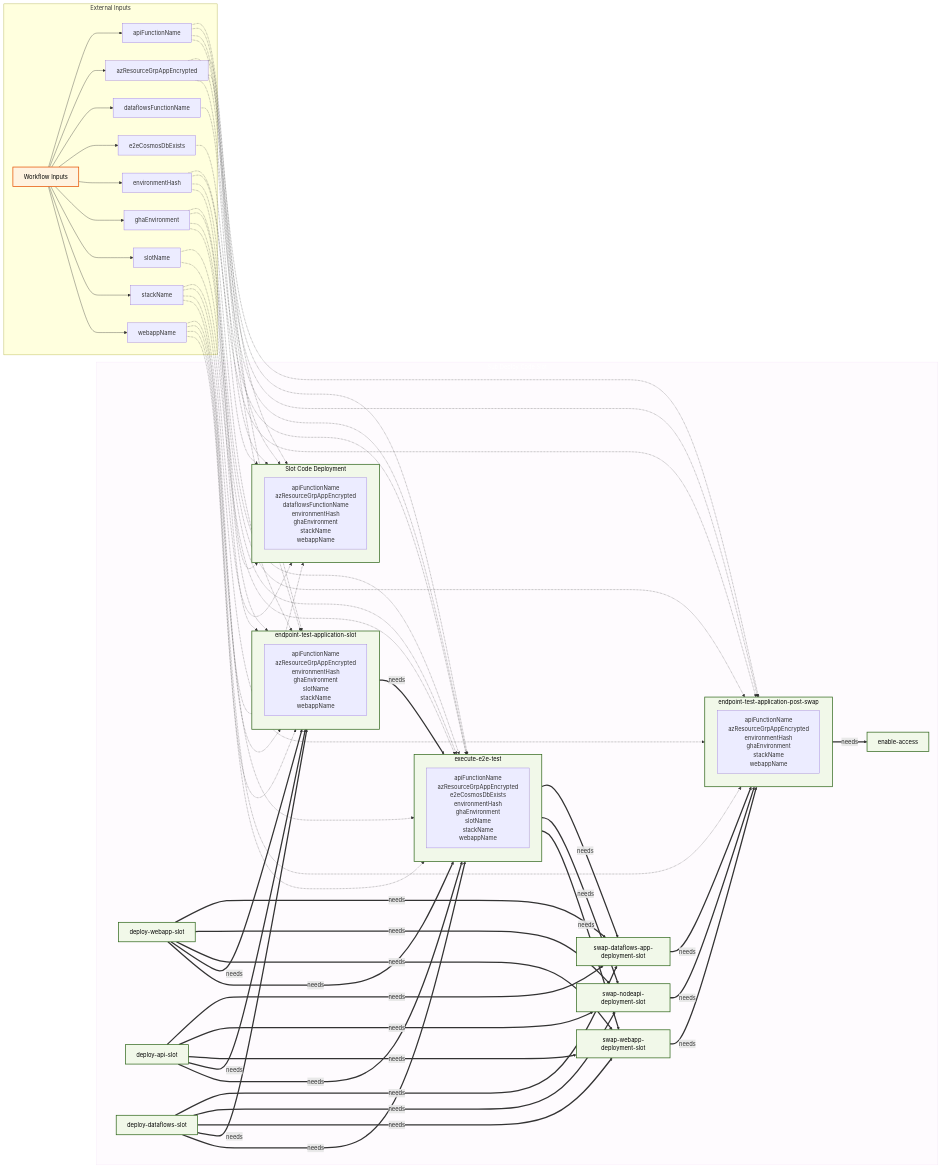
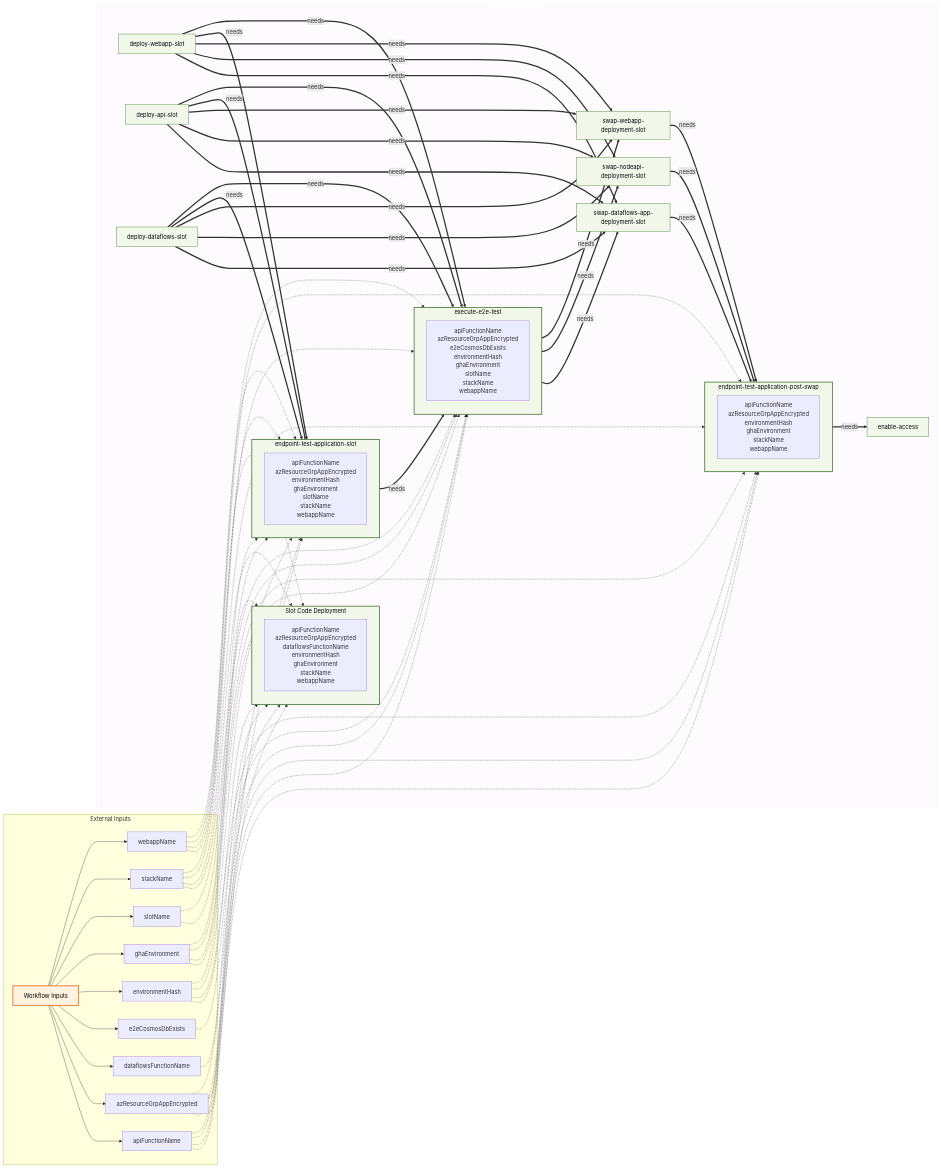
One commit to US-Trustee-Program/Bankruptcy-Oversight-Support-Systems changed diagram 15 of 22 in docs/operations/workflow-diagram.md. Above: the diagram before and after it, drawn with Mermaid. The commit also changed other lines of this file and 3 other files, not shown here.

````diff
--- a/docs/operations/workflow-diagram.md
+++ b/docs/operations/workflow-diagram.md
@@ -1004,6 +979,19 @@
 ```mermaid
 flowchart LR
-    subgraph sub_deploy_code_slot_workflow["Sub Deploy Code Slot"]
+    subgraph "External Inputs"
+        Workflow_Inputs["Workflow Inputs"]
+        Workflow_Inputs_webappName["webappName"]
+        Workflow_Inputs_apiFunctionName["apiFunctionName"]
+        Workflow_Inputs_dataflowsFunctionName["dataflowsFunctionName"]
+        Workflow_Inputs_azResourceGrpAppEncrypted["azResourceGrpAppEncrypted"]
+        Workflow_Inputs_e2eCosmosDbExists["e2eCosmosDbExists"]
+        Workflow_Inputs_slotName["slotName"]
+        Workflow_Inputs_ghaEnvironment["ghaEnvironment"]
+        Workflow_Inputs_stackName["stackName"]
+        Workflow_Inputs_environmentHash["environmentHash"]
+    end
+
+    subgraph sub_deploy_code_slot_workflow["Deploy code for slot"]
         subgraph deploy_code_subgraph["Slot Code Deployment"]
             deploy_code_vars["apiFunctionName<br/>azResourceGrpAppEncrypted<br/>dataflowsFunctionName<br/>environmentHash<br/>ghaEnvironment<br/>stackName<br/>webappName"]
         end
@@ -1023,19 +1011,6 @@
             endpoint_test_application_post_swap_vars["apiFunctionName<br/>azResourceGrpAppEncrypted<br/>environmentHash<br/>ghaEnvironment<br/>stackName<br/>webappName"]
         end
         enable_access["enable-access"]
-    end
-
-    subgraph "External Inputs"
-        Workflow_Inputs["Workflow Inputs"]
-        Workflow_Inputs_ghaEnvironment["ghaEnvironment"]
-        Workflow_Inputs_dataflowsFunctionName["dataflowsFunctionName"]
-        Workflow_Inputs_stackName["stackName"]
-        Workflow_Inputs_azResourceGrpAppEncrypted["azResourceGrpAppEncrypted"]
-        Workflow_Inputs_environmentHash["environmentHash"]
-        Workflow_Inputs_slotName["slotName"]
-        Workflow_Inputs_apiFunctionName["apiFunctionName"]
-        Workflow_Inputs_e2eCosmosDbExists["e2eCosmosDbExists"]
-        Workflow_Inputs_webappName["webappName"]
     end
 
         Workflow_Inputs --> Workflow_Inputs_apiFunctionName
@@ -1100,12 +1075,9 @@
     swap_webapp_deployment_slot ==>|"needs"| endpoint_test_application_post_swap_subgraph
 
     classDef external fill:#fff3e0,stroke:#e65100,stroke-width:2px,color:#000000
-    classDef job fill:#f1f8e9,stroke:#33691e,stroke-width:2px,color:#000000
+    classDef job fill:#f1f8e9,stroke:#33691e,stroke-width:1px,color:#000000
     classDef mainWorkflow fill:#f3e5f5,fill-opacity:0.15,stroke:#f3e5f5,stroke-width:1px,color:#ffffff
     classDef jobSubgraph fill:#f1f8e9,stroke:#33691e,stroke-width:2px,color:#000000
-    classDef explicit stroke:#2196F3,stroke-width:3px
-    classDef dataflow stroke:#FF9800,stroke-dasharray: 5 5
-
     class sub_deploy_code_slot_workflow mainWorkflow
     class Workflow_Inputs external
     class deploy_code_subgraph jobSubgraph
````
